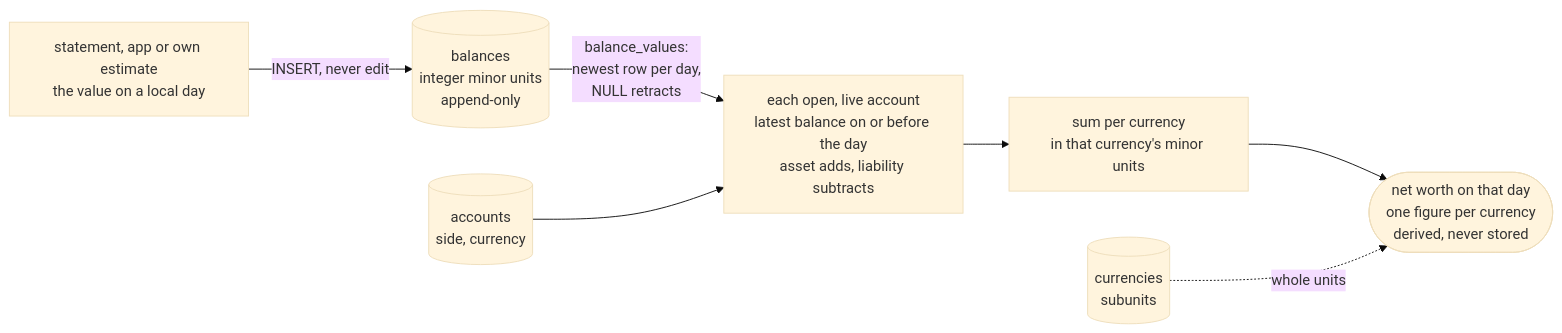
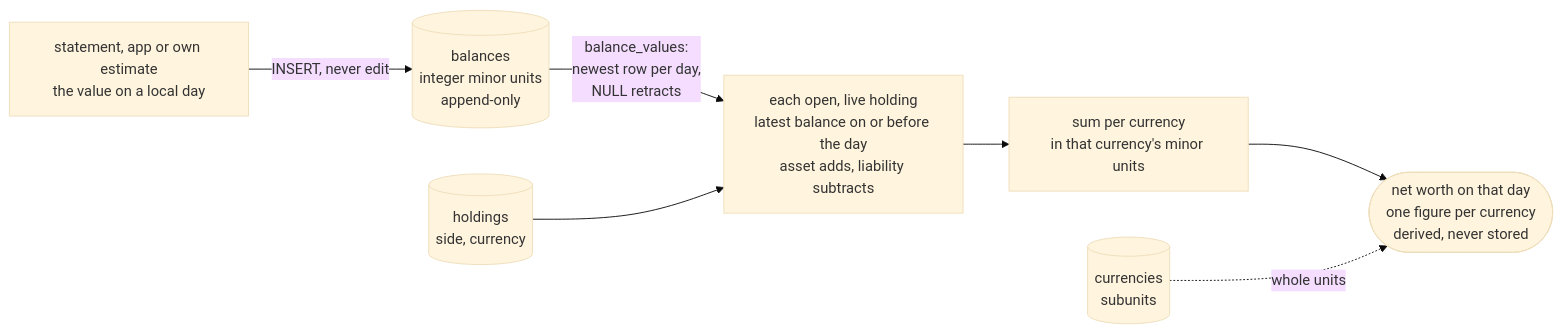
Before and after one commit to alexradunet/lifelogdb: the third of 9 diagrams in SCHEMA.md, drawn with Mermaid (base theme). The commit also changed other lines of this file and 13 other files, not shown here.

First line of the commit message:
SCHEMA.md: rename the account entity type to holding (D18)

````diff
--- a/SCHEMA.md
+++ b/SCHEMA.md
@@ -491,10 +491,10 @@
 ```mermaid
 %% diagram: money-flow
 flowchart LR
     stmt["statement, app or own estimate<br/>the value on a local day"] -->|"INSERT, never edit"| bal[("balances<br/>integer minor units<br/>append-only")]
-    bal -->|"balance_values:<br/>newest row per day,<br/>NULL retracts"| held["each open, live account<br/>latest balance on or before the day<br/>asset adds, liability subtracts"]
-    acc[("accounts<br/>side, currency")] --> held
+    bal -->|"balance_values:<br/>newest row per day,<br/>NULL retracts"| held["each open, live holding<br/>latest balance on or before the day<br/>asset adds, liability subtracts"]
+    acc[("holdings<br/>side, currency")] --> held
     held --> sum["sum per currency<br/>in that currency's minor units"]
     sum --> nw(["net worth on that day<br/>one figure per currency<br/>derived, never stored"])
     cur[("currencies<br/>subunits")] -.->|"whole units"| nw
 ```
````
